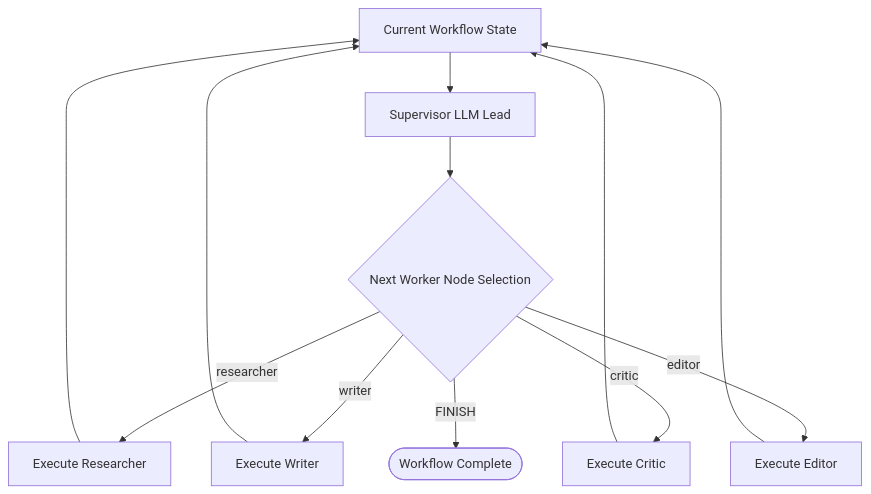
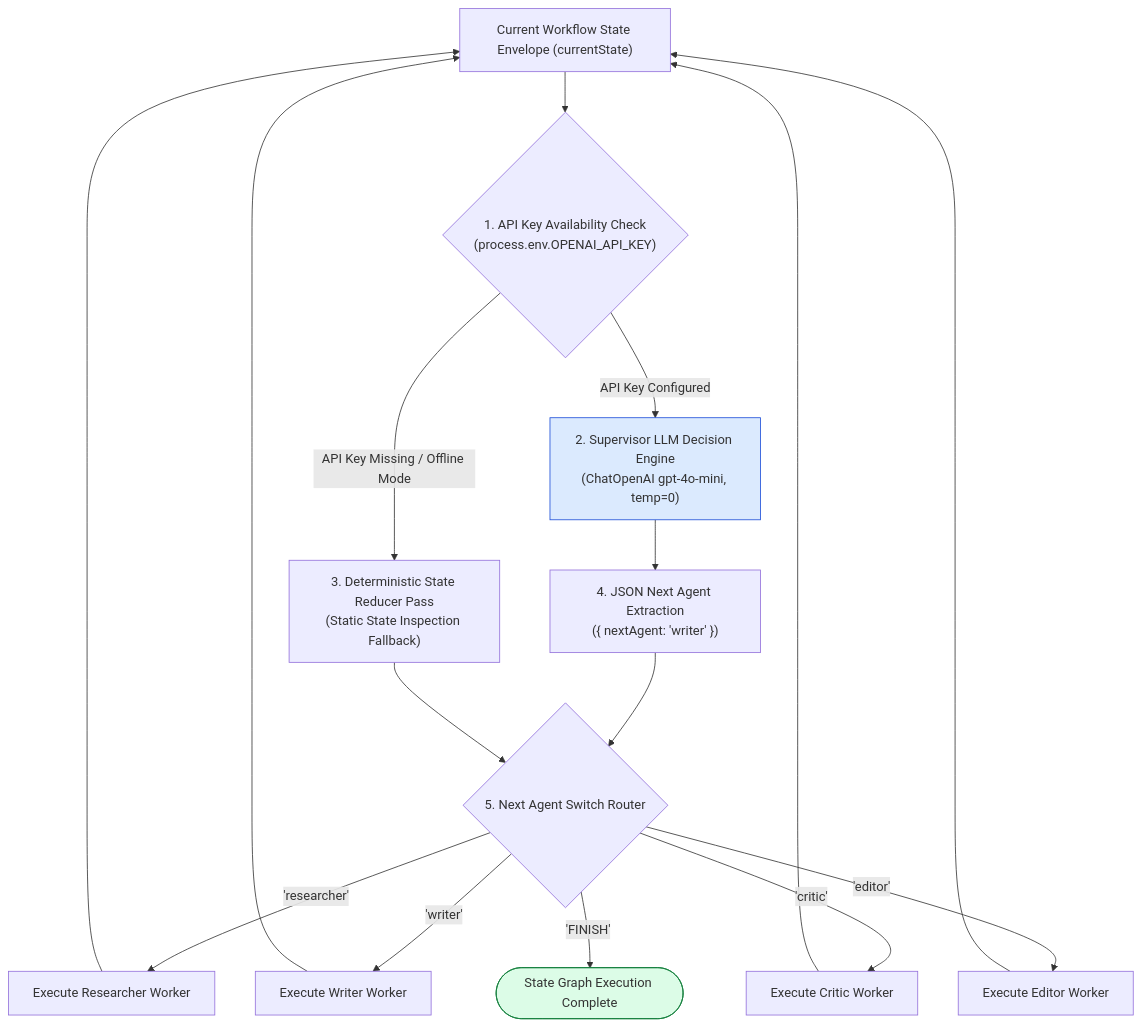
The first of 3 diagrams in agentic-ai-notes/07-neta-multiagent/06-supervisor-agent.md (Amie-dev/engineering-playbook), drawn with Mermaid before and after one commit. The commit also changed other lines of this file and 12 other files, not shown here.

First line of the commit message:
Refactor multi-agent architecture with centralized memory bus, prompts, tools, and quality evaluation

````diff
--- a/agentic-ai-notes/07-neta-multiagent/06-supervisor-agent.md
+++ b/agentic-ai-notes/07-neta-multiagent/06-supervisor-agent.md
@@ -10,12 +13,23 @@
 ```mermaid
 flowchart TD
-    State[Current Workflow State] --> Supervisor["Supervisor LLM Lead"]
-    Supervisor --> Decision{Next Worker Node Selection}
-    Decision -- "researcher" --> RunResearch[Execute Researcher]
-    Decision -- "writer" --> RunWriter[Execute Writer]
-    Decision -- "critic" --> RunCritic[Execute Critic]
-    Decision -- "editor" --> RunEditor[Execute Editor]
-    Decision -- "FINISH" --> Complete([Workflow Complete])
-    
-    RunResearch & RunWriter & RunCritic & RunEditor --> State
+    StateChannel["Current Workflow State Envelope (currentState)"] --> KeyCheck{"1. API Key Availability Check<br/>(process.env.OPENAI_API_KEY)"}
+
+    KeyCheck -- "API Key Configured" --> LLMSupervisor["2. Supervisor LLM Decision Engine<br/>(ChatOpenAI gpt-4o-mini, temp=0)"]
+
+    KeyCheck -- "API Key Missing / Offline Mode" --> FallbackReducer["3. Deterministic State Reducer Pass<br/>(Static State Inspection Fallback)"]
+
+    LLMSupervisor --> ParseDecision["4. JSON Next Agent Extraction<br/>({ nextAgent: 'writer' })"]
+
+    ParseDecision & FallbackReducer --> DecisionSwitch{"5. Next Agent Switch Router"}
+
+    DecisionSwitch -- "'researcher'" --> RunResearch[Execute Researcher Worker]
+    DecisionSwitch -- "'writer'" --> RunWriter[Execute Writer Worker]
+    DecisionSwitch -- "'critic'" --> RunCritic[Execute Critic Worker]
+    DecisionSwitch -- "'editor'" --> RunEditor[Execute Editor Worker]
+    DecisionSwitch -- "'FINISH'" --> WorkflowComplete([State Graph Execution Complete])
+
+    RunResearch & RunWriter & RunCritic & RunEditor --> StateChannel
+
+    style LLMSupervisor fill:#dbeafe,stroke:#1d4ed8
+    style WorkflowComplete fill:#dcfce7,stroke:#15803d
 ```
````
